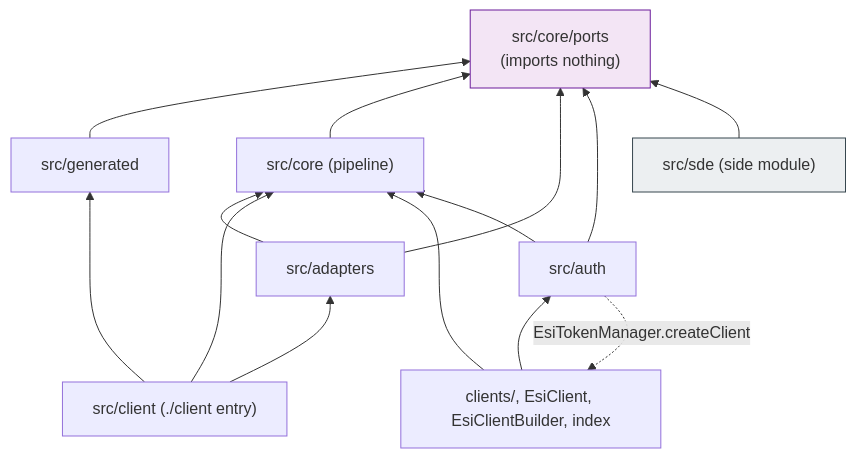
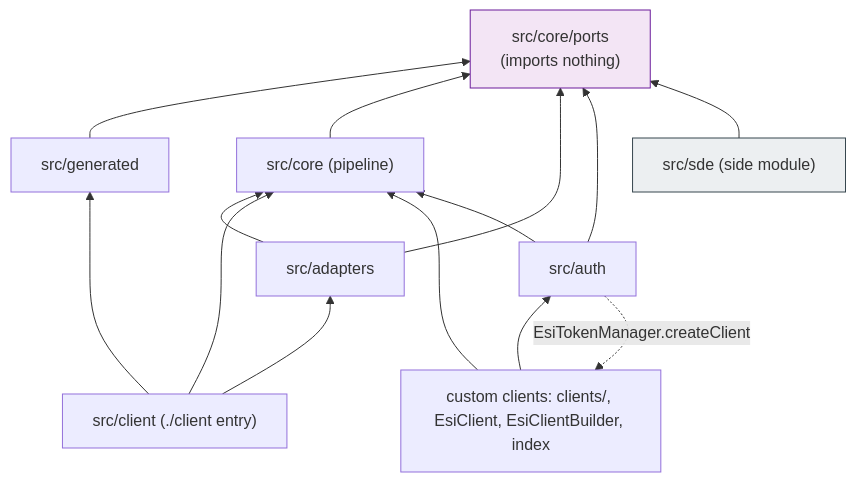
Before and after one commit to lgriffin/ESI.ts: the sixth of 15 diagrams in guides/ARCHITECTURE.md, drawn with Mermaid. The commit also changed other lines of this file and 10 other files, not shown here.

First line of the commit message:
docs: replace LEGACY-REMOVAL.md with CLIENT-ARCHITECTURE.md

````diff
--- a/guides/ARCHITECTURE.md
+++ b/guides/ARCHITECTURE.md
@@ -477,28 +478,28 @@
 ```mermaid
 flowchart BT
     ports["src/core/ports<br/>(imports nothing)"]
     generated["src/generated"]
     core["src/core (pipeline)"]
     adapters["src/adapters"]
     client["src/client (./client entry)"]
-    legacy["clients/, EsiClient, EsiClientBuilder, index"]
+    legacy["custom clients: clients/, EsiClient, EsiClientBuilder, index"]
     auth["src/auth"]
     sde["src/sde (side module)"]
 
     generated --> ports
     core --> ports
     adapters --> core
     adapters --> ports
     client --> adapters
     client --> core
     client --> generated
     legacy --> core
     legacy --> auth
     auth --> core
     auth --> ports
     auth -. "EsiTokenManager.createClient" .-> legacy
     sde --> ports
 
     style ports fill:#f3e5f5,stroke:#6a1b9a
     style sde fill:#eceff1,stroke:#37474f
 ```
````
